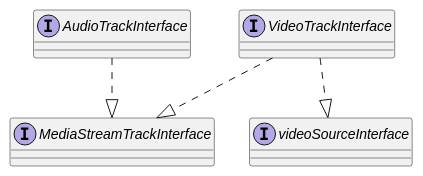
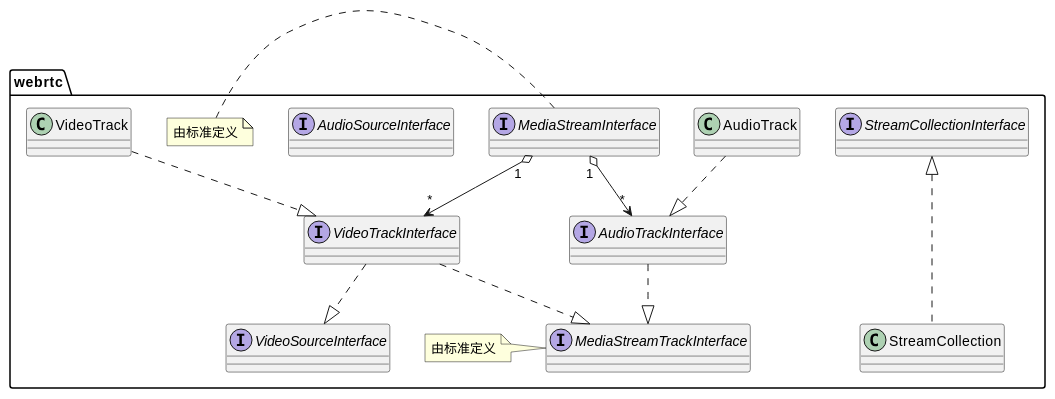
One commit to mingxin505/webrtcNote changed the third of 4 diagrams in webrtc_chrome/transceiver.md. Above: the diagram before and after it, drawn with PlantUML. The commit also changed other lines of this file and 3 other files, not shown here.

````diff
--- a/webrtc_chrome/transceiver.md
+++ b/webrtc_chrome/transceiver.md
@@ -35,9 +53,25 @@
 ```plantuml
+package webrtc {
+interface StreamCollectionInterface
 interface MediaStreamTrackInterface
+note left: 由标准定义
+interface MediaStreamInterface
+note left: 由标准定义
 interface VideoTrackInterface
-interface videoSourceInterface
+interface VideoSourceInterface
+interface AudioSourceInterface
+
 interface AudioTrackInterface
 VideoTrackInterface ..|> MediaStreamTrackInterface
-VideoTrackInterface ..|> videoSourceInterface
+VideoTrackInterface ..|> VideoSourceInterface
 AudioTrackInterface ..|> MediaStreamTrackInterface
+
+MediaStreamInterface "1" o--> "*" AudioTrackInterface
+MediaStreamInterface "1" o--> "*" VideoTrackInterface
+
+AudioTrack ..|>  AudioTrackInterface
+VideoTrack ..|> VideoTrackInterface
+
+StreamCollectionInterface <|... StreamCollection
+}
 ```
````
